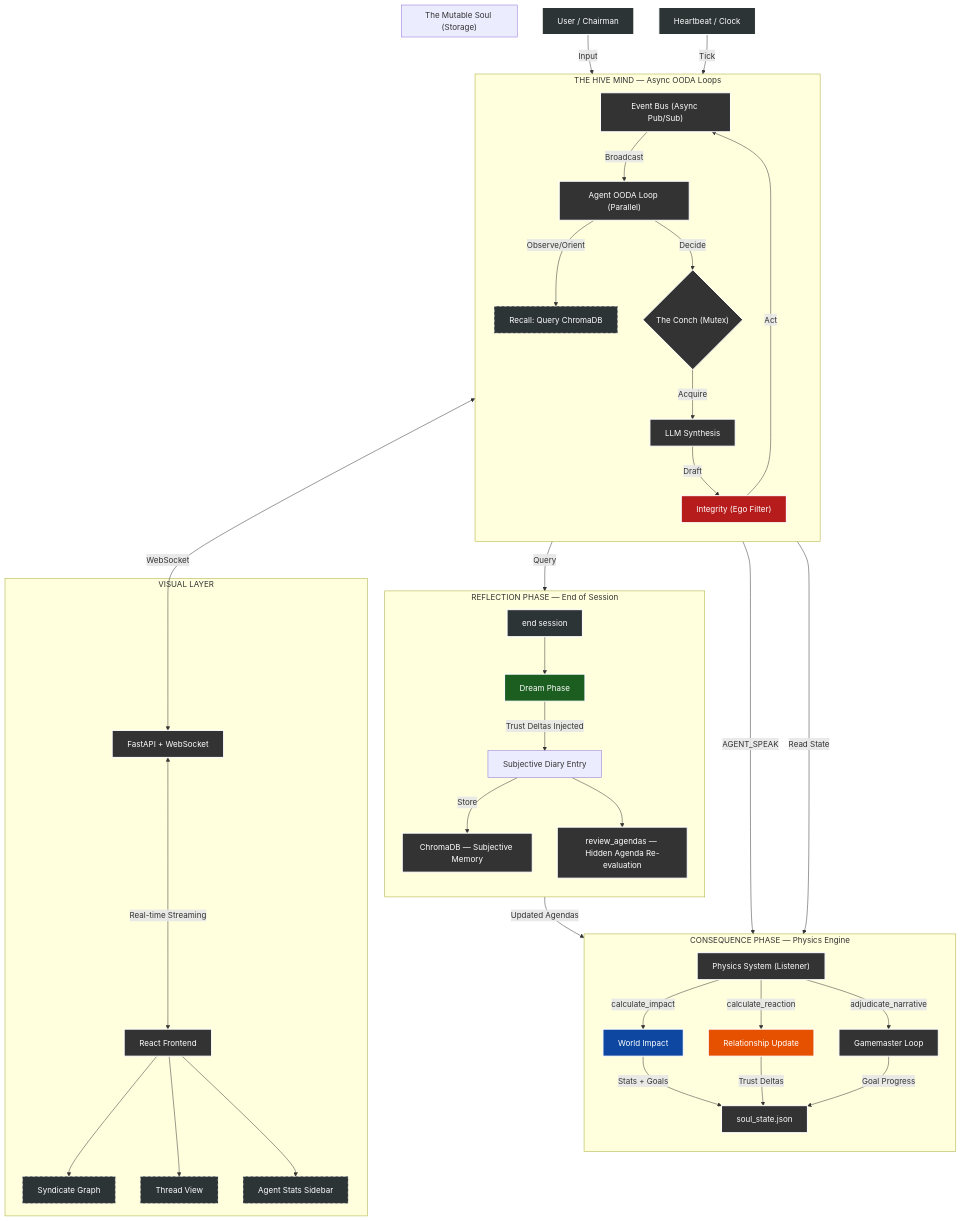
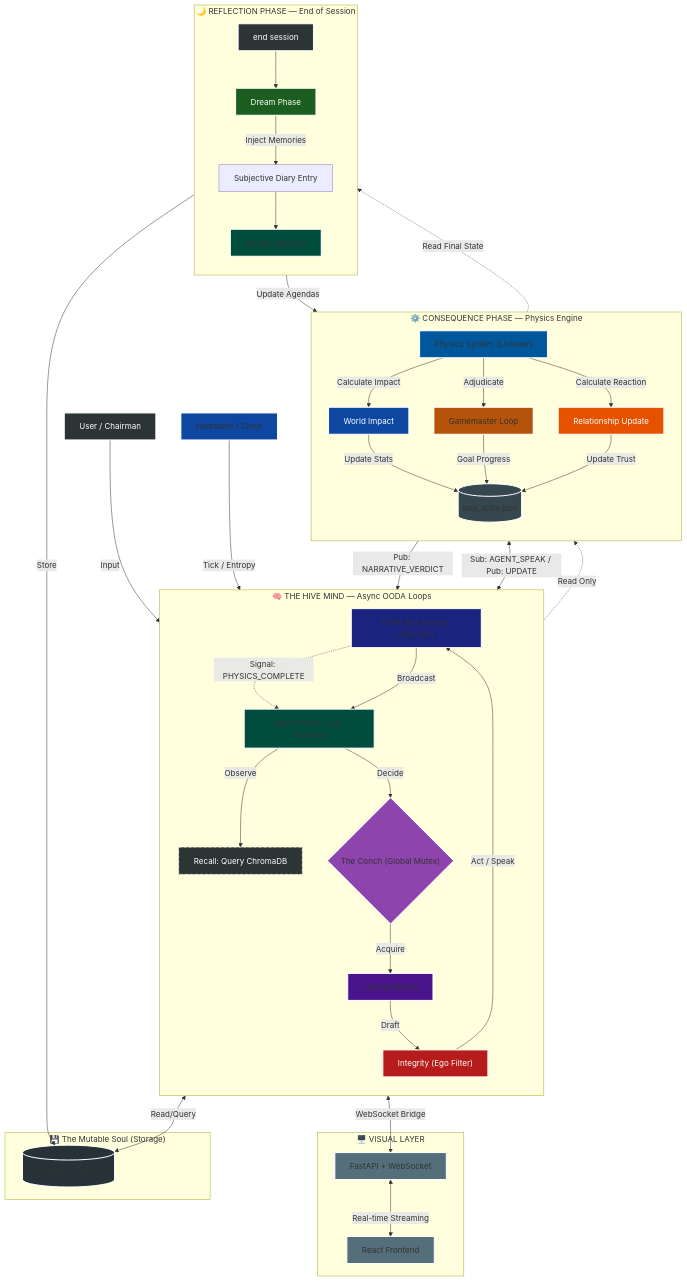
Before and after one commit to hardikrawat/Iron-Council-v2.0: the diagram in docs/ARCHITECTURE.md, drawn with Mermaid. The commit also changed 1 other file, not shown here.

````diff
--- a/docs/ARCHITECTURE.md
+++ b/docs/ARCHITECTURE.md
@@ -14,65 +14,100 @@
 ```mermaid
 graph TD
-    %% High-Contrast Theme for Light/Dark Mode Compatibility
-    classDef darkNode fill:#333,stroke:#fff,stroke-width:2px,color:#fff;
+    %% --- PROFESSIONAL COLOR PALETTE ---
     classDef inputNode fill:#2d3436,stroke:#fff,stroke-width:2px,color:#fff;
-    classDef looseNode fill:#2d3436,stroke:#fff,stroke-width:1px,color:#fff,stroke-dasharray: 5 5;
+    classDef looseNode fill:#2d3436,stroke:#fff,stroke-width:1px,color:#fff,stroke-dasharray:5 5;
+    classDef globalNode fill:#8e44ad,stroke:#fff,stroke-width:2px,color:#fff;  %% Purple for global resources
 
-    User["User / Chairman"]:::inputNode -->|Input| EventBus["Event Bus (Async Pub/Sub)"]:::darkNode
-    Heartbeat["Heartbeat / Clock"]:::inputNode -->|Tick| EventBus
+    %% --- CORE INFRASTRUCTURE (Deep Blues) ---
+    classDef coreNode fill:#1a237e,stroke:#fff,stroke-width:2px,color:#fff;      %% Event Bus
+    classDef infraNode fill:#0d47a1,stroke:#fff,stroke-width:2px,color:#fff;     %% Heartbeat / Server
+    classDef storageNode fill:#37474f,stroke:#fff,stroke-width:2px,color:#fff;    %% JSON
+    classDef vectorNode fill:#263238,stroke:#fff,stroke-width:2px,color:#fff;     %% ChromaDB
 
-    subgraph "THE HIVE MIND — Async OODA Loops"
+    %% --- AGENT LOOP (Teals & Purples) ---
+    classDef agentNode fill:#004d40,stroke:#fff,stroke-width:2px,color:#fff;      %% OODA Loop
+    classDef llmNode fill:#4a148c,stroke:#fff,stroke-width:2px,color:#fff;        %% LLM Synthesis
+
+    %% --- PHYSICS ENGINE (Blues & Oranges) ---
+    classDef physicsNode fill:#01579b,stroke:#fff,stroke-width:2px,color:#fff;    %% Physics System
+    classDef gmNode fill:#b45309,stroke:#fff,stroke-width:2px,color:#fff;         %% Gamemaster
+
+    %% --- UI LAYER (Warm Grays) ---
+    classDef uiNode fill:#546e7a,stroke:#fff,stroke-width:2px,color:#fff;         %% Server / UI
+
+    %% --- INPUTS ---
+    User["User / Chairman"]:::inputNode -->|Input| EventBus
+    Heartbeat["Heartbeat / Clock"]:::infraNode -->|Tick / Entropy| EventBus
+
+    %% --- CENTRAL NERVOUS SYSTEM ---
+    EventBus["Event Bus (Async Pub/Sub)"]:::coreNode
+    
+    %% --- THE FIX: VISUALIZE THE DEPENDENCY ---
+    %% This shows the OODA loop explicitly waiting for this specific signal
+    EventBus -.->|Signal: PHYSICS_COMPLETE| OODA
+
+    %% --- SHARED GLOBAL RESOURCE ---
+    Lock{"The Conch (Global Mutex)"}:::globalNode
+
+    %% --- AGENT LOOP ---
+    subgraph "🧠 THE HIVE MIND — Async OODA Loops"
         direction TB
-        EventBus -->|Broadcast| OODA["Agent OODA Loop (Parallel)"]:::darkNode
-        OODA -->|Observe/Orient| Recall["Recall: Query ChromaDB"]:::looseNode
-        OODA -->|Decide| Lock{"The Conch (Mutex)"}:::darkNode
-        Lock -->|Acquire| LLM["LLM Synthesis"]:::darkNode
+        EventBus -->|Broadcast| OODA["Agent OODA Loop (Parallel)"]:::agentNode
+        
+        OODA -->|Observe| Recall["Recall: Query ChromaDB"]:::looseNode
+        OODA -->|Decide| Lock
+        Lock -->|Acquire| LLM["LLM Synthesis"]:::llmNode
         LLM -->|Draft| Ego["Integrity (Ego Filter)"]
-        Ego -->|Act| EventBus
+        Ego -->|Act / Speak| EventBus
     end
 
-    subgraph "CONSEQUENCE PHASE — Physics Engine"
+    %% --- PHYSICS ENGINE ---
+    subgraph "⚙️ CONSEQUENCE PHASE — Physics Engine"
         direction TB
-        EventBus -->|AGENT_SPEAK| PhysicsSys["Physics System (Listener)"]:::darkNode
-        PhysicsSys -->|calculate_impact| PhysicsUA["World Impact"]
-        PhysicsUA -->|Stats + Goals| JSON
+        EventBus <-->|Sub: AGENT_SPEAK / Pub: UPDATE| PhysicsSys["Physics System (Listener)"]:::physicsNode
         
-        PhysicsSys -->|calculate_reaction| PhysicsAA["Relationship Update"]
-        PhysicsAA -->|Trust Deltas| JSON
-
-        PhysicsSys -->|adjudicate_narrative| GM["Gamemaster Loop"]:::darkNode
+        PhysicsSys -->|Calculate Impact| PhysicsUA["World Impact"]
+        PhysicsUA -->|Update Stats| JSON
+        
+        PhysicsSys -->|Adjudicate| GM["Gamemaster Loop"]:::gmNode
         GM -->|Goal Progress| JSON
+        GM -->|Pub: NARRATIVE_VERDICT| EventBus
+        
+        PhysicsAA["Relationship Update"]
+        PhysicsSys -->|Calculate Reaction| PhysicsAA
+        PhysicsAA -->|Update Trust| JSON
     end
 
-    subgraph "REFLECTION PHASE — End of Session"
+    %% --- STORAGE LAYER ---
+    subgraph "💾 The Mutable Soul (Storage)"
+        JSON[("soul_state.json")]:::storageNode
+        Vector[("ChromaDB — Memory")]:::vectorNode
+        
+        Recall <-->|Read/Query| Vector
+        OODA -.->|Read Only| JSON
+    end
+
+    %% --- REFLECTION PHASE ---
+    subgraph "🌙 REFLECTION PHASE — End of Session"
         direction TB
         EndSession["end session"]:::inputNode --> Dream["Dream Phase"]
-        Dream -->|Trust Deltas Injected| Diary["Subjective Diary Entry"]
+        JSON -.->|Read Final State| Dream
+        Dream -->|Inject Memories| Diary["Subjective Diary Entry"]
         Diary -->|Store| Vector
-        Diary --> Agenda["review_agendas — Hidden Agenda Re-evaluation"]:::darkNode
-        Agenda -->|Updated Agendas| JSON
+        Diary --> Agenda["review_agendas"]:::agentNode
+        Agenda -->|Update Agendas| JSON
     end
 
-    subgraph "VISUAL LAYER"
-        Server["FastAPI + WebSocket"]:::darkNode
-        UI["React Frontend"]:::darkNode
+    %% --- VISUAL LAYER ---
+    subgraph "🖥️ VISUAL LAYER"
+        Server["FastAPI + WebSocket"]:::uiNode
+        UI["React Frontend"]:::uiNode
         Server <-->|Real-time Streaming| UI
-        UI --> Graph["Syndicate Graph"]:::looseNode
-        UI --> Thread["Thread View"]:::looseNode
-        UI --> Stats["Agent Stats Sidebar"]:::looseNode
     end
     
-    EventBus <-->|WebSocket| Server
+    EventBus <-->|WebSocket Bridge| Server
 
-    %% Storage Layer (Moved to bottom to prevent crossing lines)
-    subgraph "The Mutable Soul (Storage)"
-        JSON["soul_state.json"]:::darkNode
-        Vector["ChromaDB — Subjective Memory"]:::darkNode
-        Recall -->|Query| Vector
-        OODA -->|Read State| JSON
-    end
-
-    %% High Contrast Styles (Using Hex for consistency)
+    %% --- INDIVIDUAL NODE STYLES (keep special colors) ---
     style PhysicsUA fill:#0d47a1,stroke:#fff,stroke-width:2px,color:#fff
     style PhysicsAA fill:#e65100,stroke:#fff,stroke-width:2px,color:#fff
     style Dream fill:#1b5e20,stroke:#fff,stroke-width:2px,color:#fff
````
